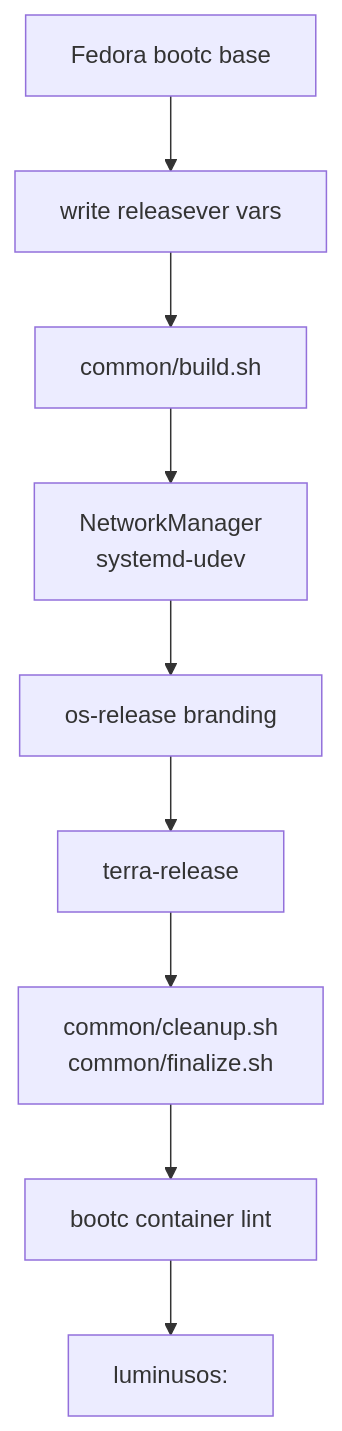
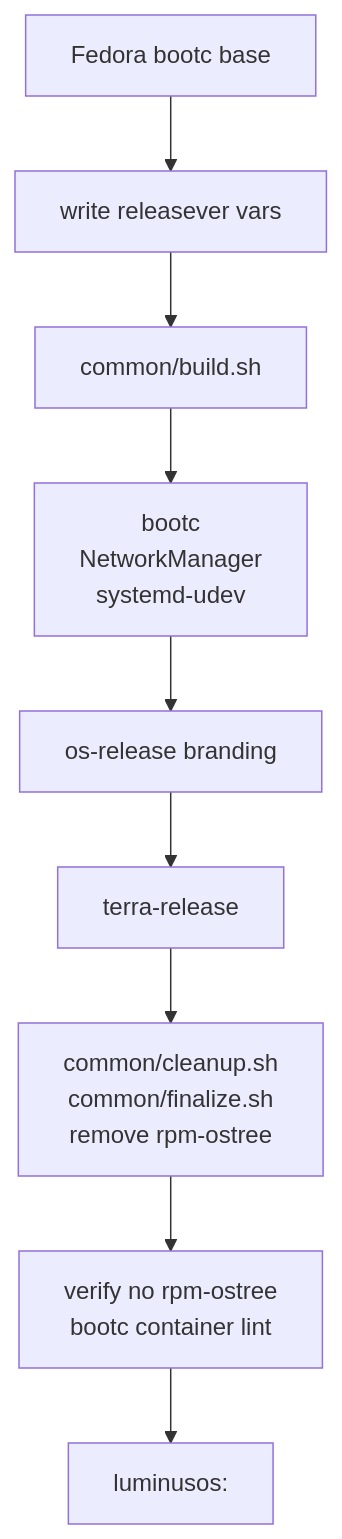
One commit to luminusOS/images changed the third of 15 diagrams in ARCHITECTURE.md. Above: the diagram before and after it, drawn with Mermaid. The commit also changed other lines of this file and 50 other files, not shown here.

````diff
--- a/ARCHITECTURE.md
+++ b/ARCHITECTURE.md
@@ -163,14 +162,14 @@
 ```mermaid
 flowchart TD
     Fedora["Fedora bootc base"]
     Vars["write releasever vars"]
     CommonBuild["common/build.sh"]
-    Packages["NetworkManager<br/>systemd-udev"]
+    Packages["bootc<br/>NetworkManager<br/>systemd-udev"]
     Branding["os-release branding"]
     Terra["terra-release"]
-    Cleanup["common/cleanup.sh<br/>common/finalize.sh"]
-    Lint["bootc container lint"]
+    Cleanup["common/cleanup.sh<br/>common/finalize.sh<br/>remove rpm-ostree"]
+    Lint["verify no rpm-ostree<br/>bootc container lint"]
     Output["luminusos:<tag>"]
 
     Fedora --> Vars --> CommonBuild --> Packages --> Branding --> Terra --> Cleanup --> Lint --> Output
 ```
````
